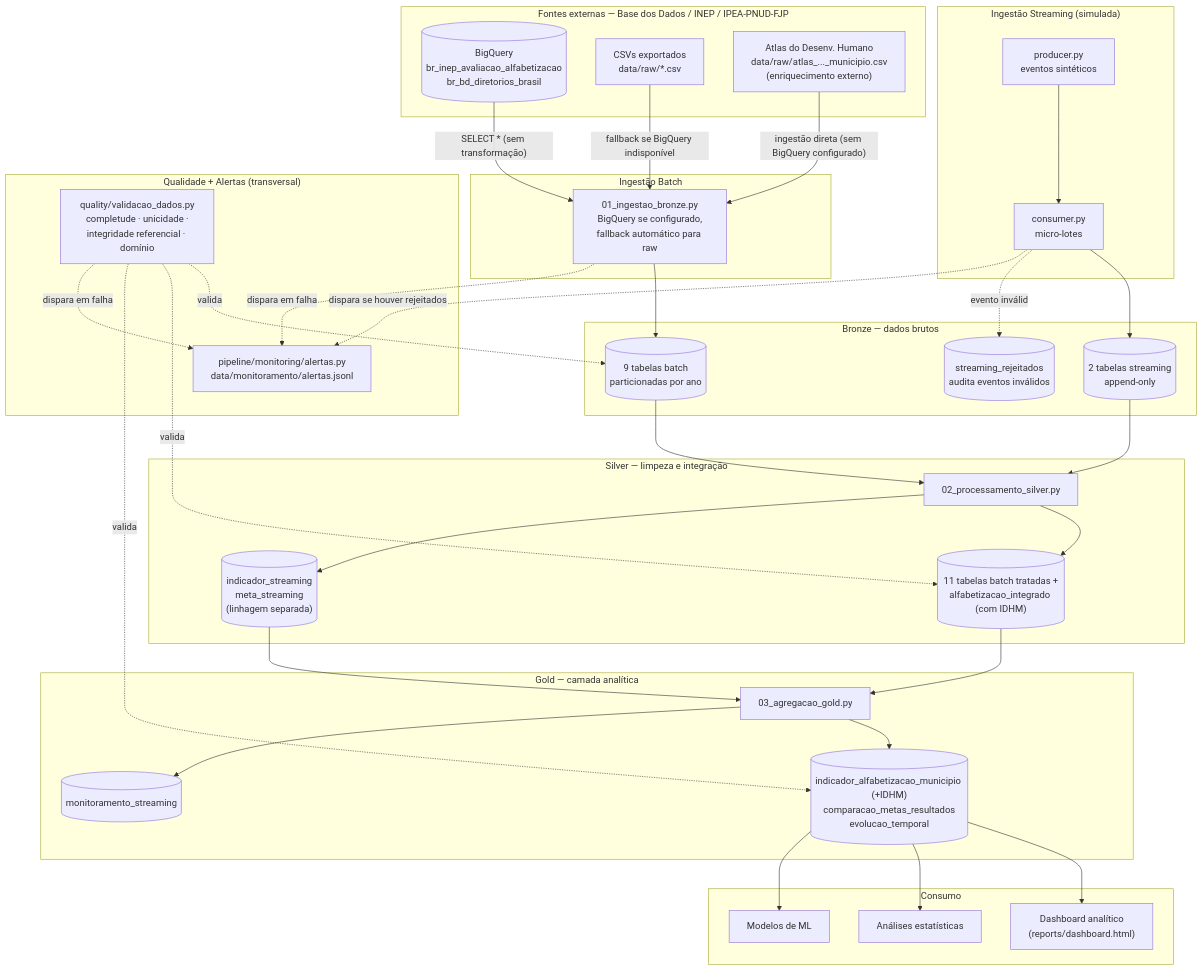
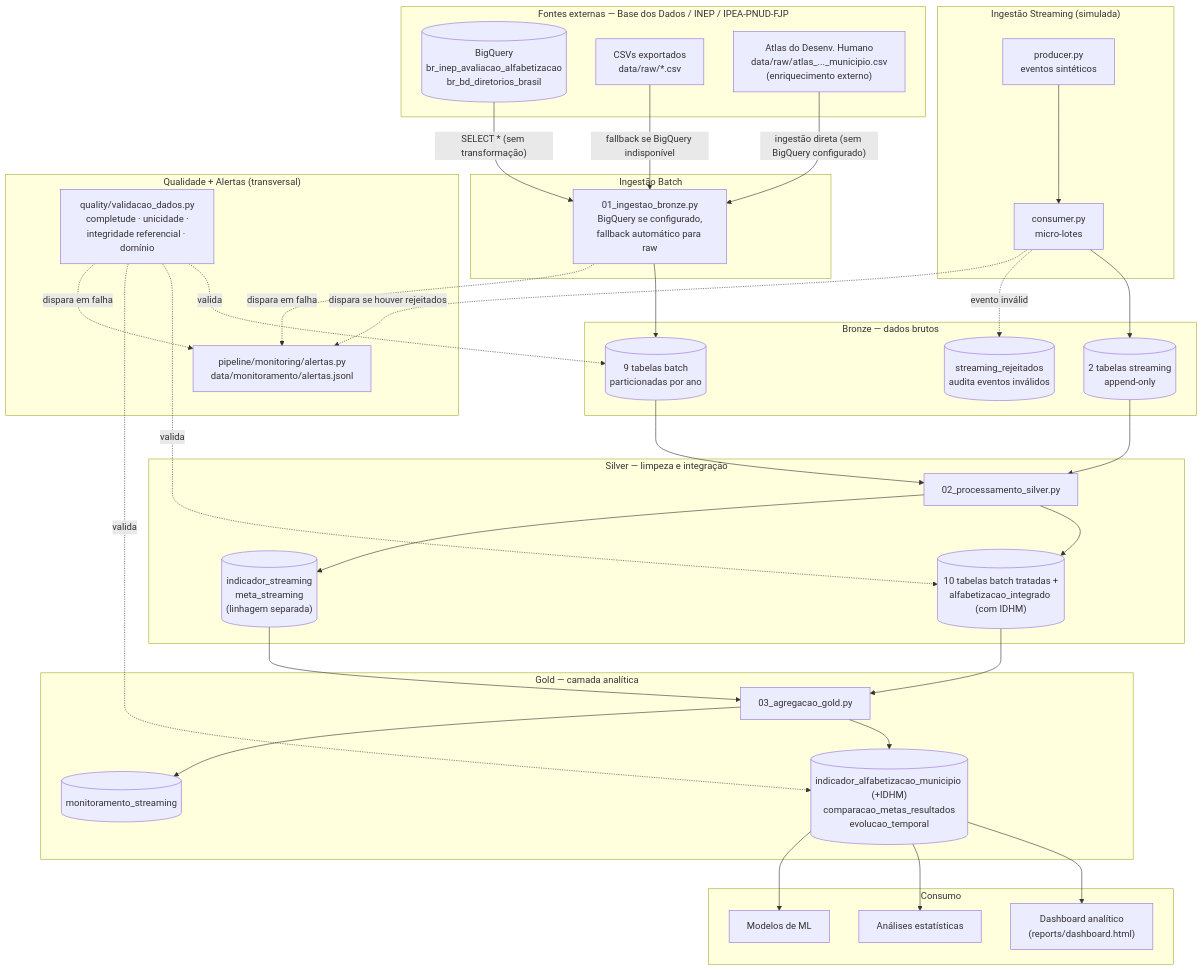
One commit to Fe-Biaggio/TechChallenge_2 changed the first of 2 diagrams in docs/arquitetura/README.md. Above: the diagram before and after it, drawn with Mermaid.

Commit message:
Corrige contagem de tabelas Silver no diagrama de arquitetura (10 nao 11)

````diff
--- a/docs/arquitetura/README.md
+++ b/docs/arquitetura/README.md
@@ -8,65 +8,65 @@
 ```mermaid
 flowchart TD
     subgraph Fontes["Fontes externas — Base dos Dados / INEP / IPEA-PNUD-FJP"]
         BQ[("BigQuery\nbr_inep_avaliacao_alfabetizacao\nbr_bd_diretorios_brasil")]
         RAW["CSVs exportados\ndata/raw/*.csv"]
         IDHM["Atlas do Desenv. Humano\ndata/raw/atlas_..._municipio.csv\n(enriquecimento externo)"]
     end
 
     subgraph Batch["Ingestão Batch"]
         ING["01_ingestao_bronze.py\nBigQuery se configurado,\nfallback automático para raw"]
     end
 
     subgraph Streaming["Ingestão Streaming (simulada)"]
         PROD["producer.py\neventos sintéticos"]
         CONS["consumer.py\nmicro-lotes"]
     end
 
     subgraph BronzeL["Bronze — dados brutos"]
         BZ[("9 tabelas batch\nparticionadas por ano")]
         BZS[("2 tabelas streaming\nappend-only")]
         BZR[("streaming_rejeitados\naudita eventos inválidos")]
     end
 
     subgraph SilverL["Silver — limpeza e integração"]
         SV["02_processamento_silver.py"]
-        SVT[("11 tabelas batch tratadas +\nalfabetizacao_integrado (com IDHM)")]
+        SVT[("10 tabelas batch tratadas +\nalfabetizacao_integrado (com IDHM)")]
         SVS[("indicador_streaming\nmeta_streaming\n(linhagem separada)")]
     end
 
     subgraph GoldL["Gold — camada analítica"]
         GD["03_agregacao_gold.py"]
         GDT[("indicador_alfabetizacao_municipio (+IDHM)\ncomparacao_metas_resultados\nevolucao_temporal")]
         GDS[("monitoramento_streaming")]
     end
 
     subgraph Qualidade["Qualidade + Alertas (transversal)"]
         QA["quality/validacao_dados.py\ncompletude · unicidade ·\nintegridade referencial · domínio"]
         AL["pipeline/monitoring/alertas.py\ndata/monitoramento/alertas.jsonl"]
     end
 
     subgraph Consumo["Consumo"]
         DASH["Dashboard analítico\n(reports/dashboard.html)"]
         STAT["Análises estatísticas"]
         ML["Modelos de ML"]
     end
 
     BQ -->|"SELECT * (sem transformação)"| ING
     RAW -->|"fallback se BigQuery indisponível"| ING
     IDHM -->|"ingestão direta (sem BigQuery configurado)"| ING
     ING --> BZ
     PROD --> CONS --> BZS
     CONS -.evento inválido.-> BZR
     BZ --> SV --> SVT
     BZS --> SV --> SVS
     SVT --> GD --> GDT
     SVS --> GD --> GDS
     GDT --> DASH & STAT & ML
 
     QA -.valida.-> BZ
     QA -.valida.-> SVT
     QA -.valida.-> GDT
     QA -.dispara em falha.-> AL
     ING -.dispara em falha.-> AL
     CONS -.dispara se houver rejeitados.-> AL
 ```
````
